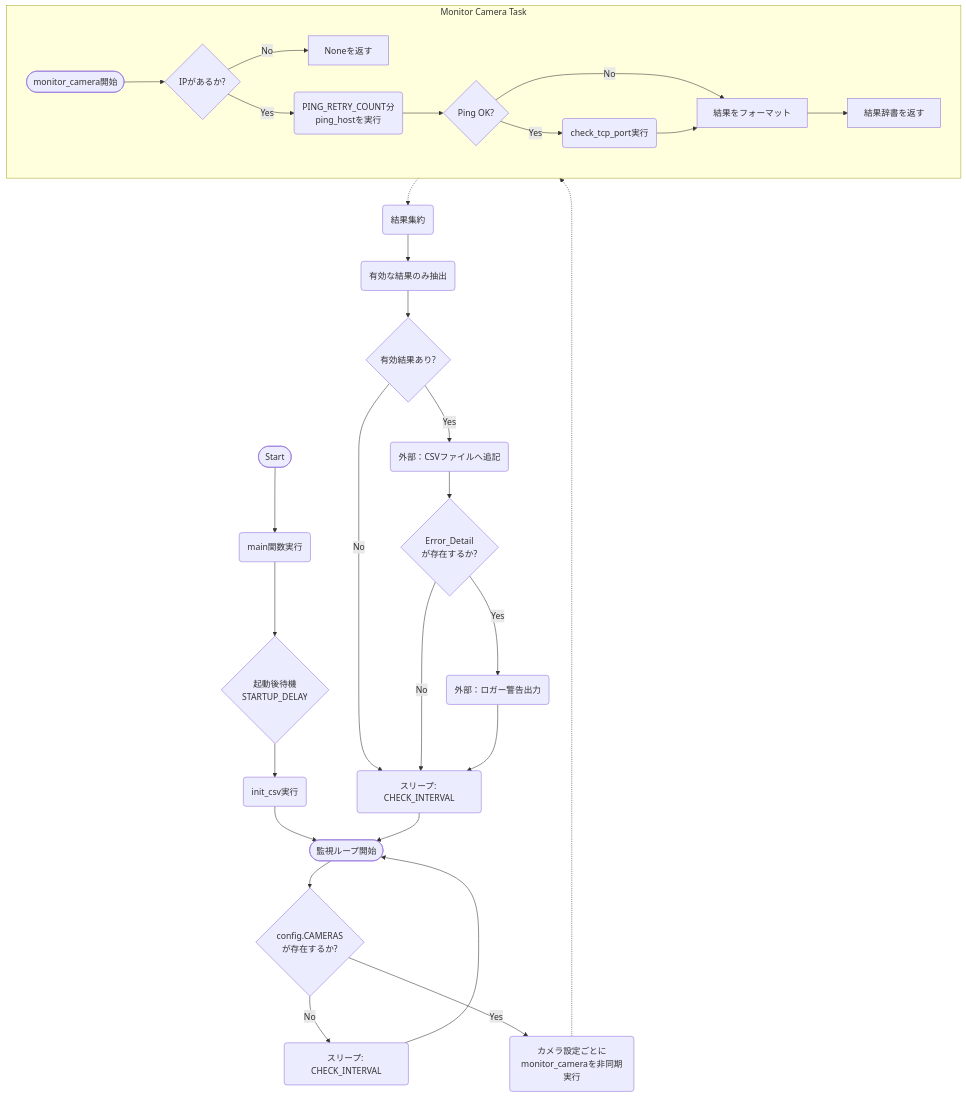
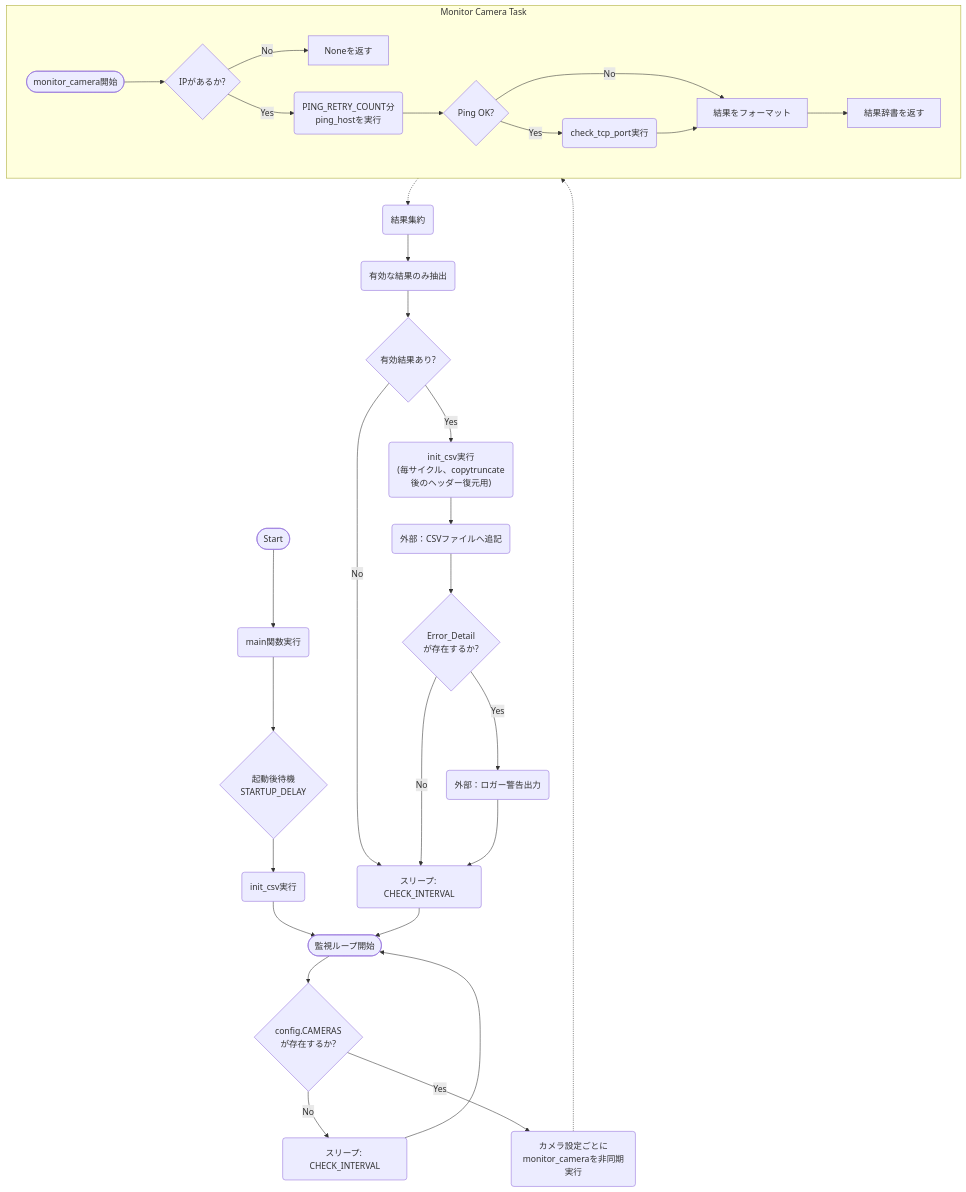
One commit to mmtigers/my_python_project changed the first of 2 diagrams in docs/specifications/MY_HOME_SYSTEM/network_logger.md. Above: the diagram before and after it, drawn with Mermaid. The commit also changed other lines of this file and 3 other files, not shown here.

````diff
--- a/docs/specifications/MY_HOME_SYSTEM/network_logger.md
+++ b/docs/specifications/MY_HOME_SYSTEM/network_logger.md
@@ -162,40 +181,41 @@
 ```mermaid
 flowchart TD
     Start([Start]) --> MainCall("main関数実行")
     MainCall --> Delay{"起動後待機<br>STARTUP_DELAY"}
     Delay --> InitCSV("init_csv実行")
     
     InitCSV --> LoopStart(["監視ループ開始"])
     LoopStart --> CheckConfig{"config.CAMERAS<br>が存在するか?"}
     CheckConfig -->|"No"| SleepConfig("スリープ: CHECK_INTERVAL")
     SleepConfig --> LoopStart
     
     CheckConfig -->|"Yes"| GatherTasks("カメラ設定ごとに<br>monitor_cameraを非同期実行")
     
     subgraph SubMonitor["Monitor Camera Task"]
         MCStart(["monitor_camera開始"]) --> CheckIP{"IPがあるか?"}
         CheckIP -->|"No"| ReturnNone["Noneを返す"]
         CheckIP -->|"Yes"| PingRetry("PING_RETRY_COUNT分<br>ping_hostを実行")
         PingRetry --> PingResult{"Ping OK?"}
         PingResult -->|"No"| FormatData["結果をフォーマット"]
         PingResult -->|"Yes"| CheckTCP("check_tcp_port実行")
         CheckTCP --> FormatData
         FormatData --> ReturnDict["結果辞書を返す"]
     end
     
     GatherTasks -.-> SubMonitor
     SubMonitor -.-> GatherResults("結果集約")
     
     GatherResults --> ExtractValid("有効な結果のみ抽出")
     ExtractValid --> ValidExist{"有効結果あり?"}
     ValidExist -->|"No"| SleepMain("スリープ: CHECK_INTERVAL")
     
-    ValidExist -->|"Yes"| WriteCSV("外部：CSVファイルへ追記")
+    ValidExist -->|"Yes"| InitCSVLoop("init_csv実行<br>(毎サイクル、copytruncate後のヘッダー復元用)")
+    InitCSVLoop --> WriteCSV("外部：CSVファイルへ追記")
     WriteCSV --> CheckError{"Error_Detail<br>が存在するか?"}
     CheckError -->|"Yes"| LogWarn("外部：ロガー警告出力")
     CheckError -->|"No"| SleepMain
     LogWarn --> SleepMain
     
     SleepMain --> LoopStart
 
 ```
````
